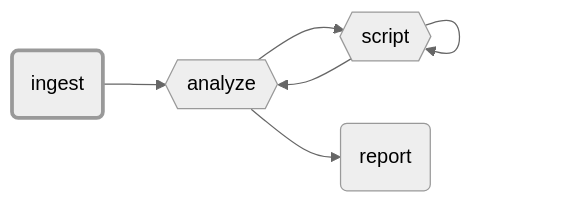
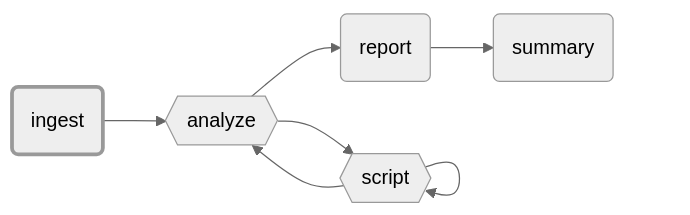
Before and after one commit to GEMISIS/leviath: the diagram in docs/assets/agents/src/log-analyzer.mmd, drawn with Mermaid (neutral theme). The commit also changed 41 other files, not shown here.

```diff
--- a/docs/assets/agents/src/log-analyzer.mmd
+++ b/docs/assets/agents/src/log-analyzer.mmd
@@ -1,12 +1,14 @@
 flowchart LR
     ingest(ingest)
     analyze{{analyze}}
     script{{script}}
     report(report)
+    summary(summary)
     ingest --> analyze
     analyze --> script
     analyze --> report
     script --> script
     script --> analyze
+    report --> summary
     classDef entry stroke-width:3px
     class ingest entry
```
